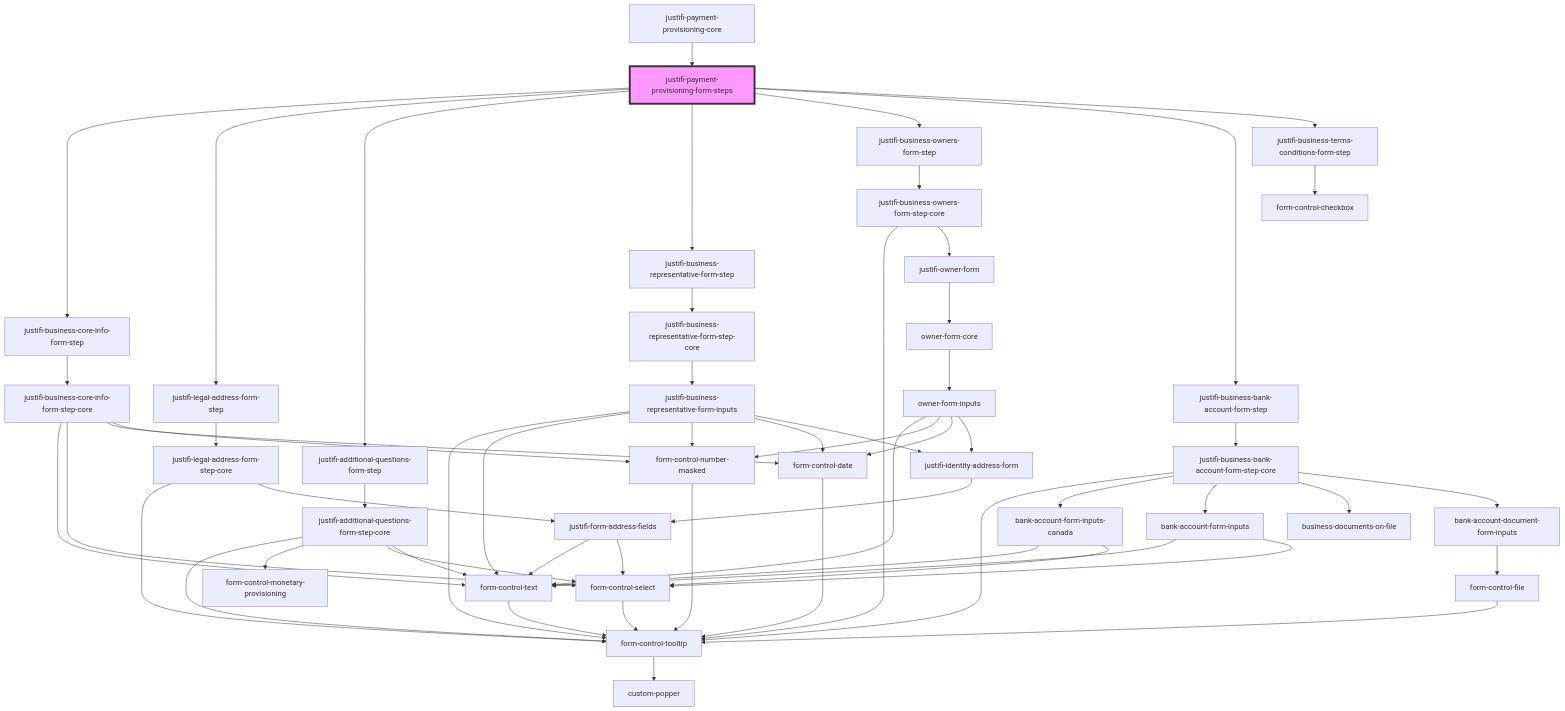
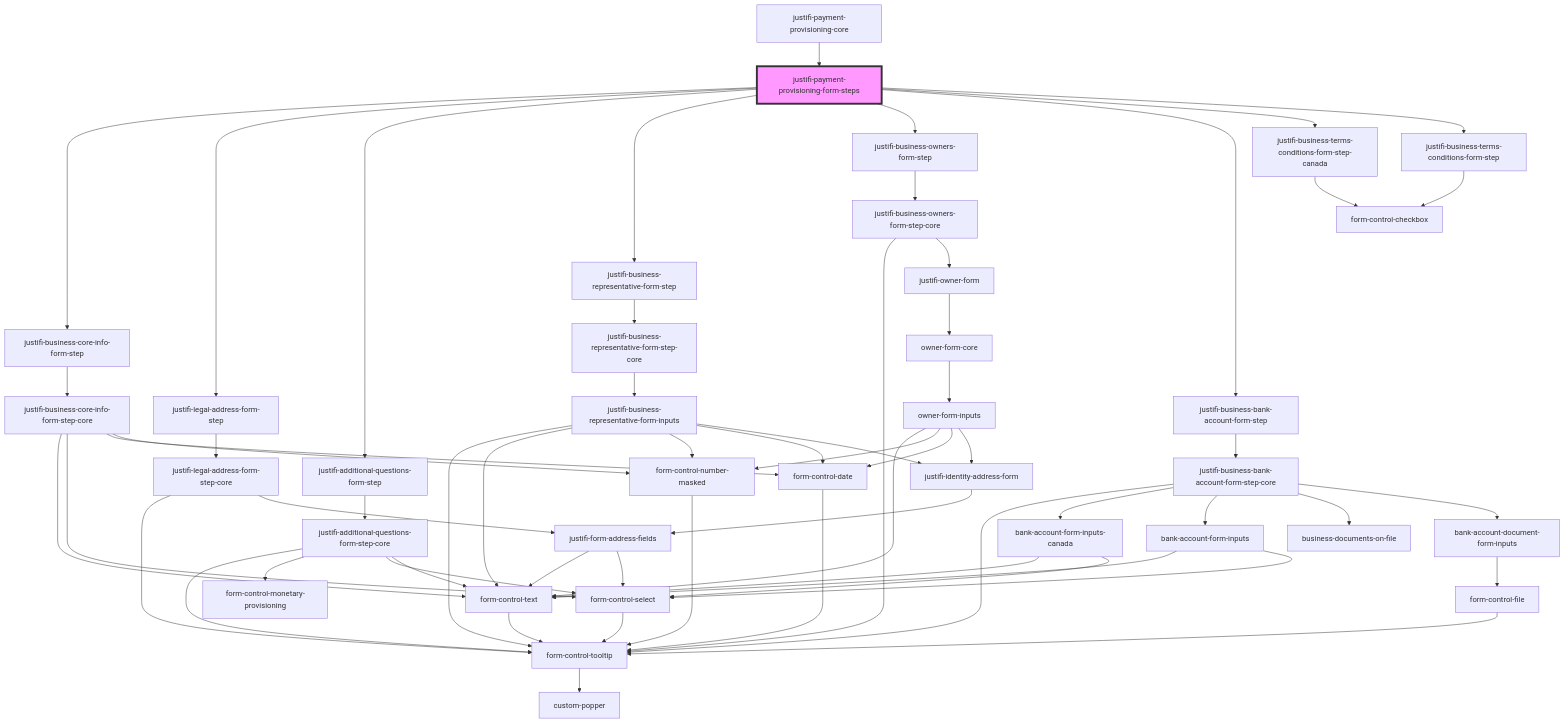
One commit to justifi-tech/web-component-library changed the diagram in packages/webcomponents/src/components/business-forms/payment-provisioning/readme.md. Above: the diagram before and after it, drawn with Mermaid. The commit also changed other lines of this file and 3 other files, not shown here.

Commit message:
payment-provisioning: add CAN-specific terms component and country-based step selection

````diff
--- a/packages/webcomponents/src/components/business-forms/payment-provisioning/readme.md
+++ b/packages/webcomponents/src/components/business-forms/payment-provisioning/readme.md
@@ -36,62 +37,64 @@
 ```mermaid
 graph TD;
   justifi-payment-provisioning-form-steps --> justifi-business-core-info-form-step
   justifi-payment-provisioning-form-steps --> justifi-legal-address-form-step
   justifi-payment-provisioning-form-steps --> justifi-additional-questions-form-step
   justifi-payment-provisioning-form-steps --> justifi-business-representative-form-step
   justifi-payment-provisioning-form-steps --> justifi-business-owners-form-step
   justifi-payment-provisioning-form-steps --> justifi-business-bank-account-form-step
+  justifi-payment-provisioning-form-steps --> justifi-business-terms-conditions-form-step-canada
   justifi-payment-provisioning-form-steps --> justifi-business-terms-conditions-form-step
   justifi-business-core-info-form-step --> justifi-business-core-info-form-step-core
   justifi-business-core-info-form-step-core --> form-control-text
   justifi-business-core-info-form-step-core --> form-control-select
   justifi-business-core-info-form-step-core --> form-control-date
   justifi-business-core-info-form-step-core --> form-control-number-masked
   form-control-text --> form-control-tooltip
   form-control-tooltip --> custom-popper
   form-control-select --> form-control-tooltip
   form-control-date --> form-control-tooltip
   form-control-number-masked --> form-control-tooltip
   justifi-legal-address-form-step --> justifi-legal-address-form-step-core
   justifi-legal-address-form-step-core --> form-control-tooltip
   justifi-legal-address-form-step-core --> justifi-form-address-fields
   justifi-form-address-fields --> form-control-text
   justifi-form-address-fields --> form-control-select
   justifi-additional-questions-form-step --> justifi-additional-questions-form-step-core
   justifi-additional-questions-form-step-core --> form-control-tooltip
   justifi-additional-questions-form-step-core --> form-control-monetary-provisioning
   justifi-additional-questions-form-step-core --> form-control-select
   justifi-additional-questions-form-step-core --> form-control-text
   justifi-business-representative-form-step --> justifi-business-representative-form-step-core
   justifi-business-representative-form-step-core --> justifi-business-representative-form-inputs
   justifi-business-representative-form-inputs --> form-control-tooltip
   justifi-business-representative-form-inputs --> form-control-text
   justifi-business-representative-form-inputs --> form-control-number-masked
   justifi-business-representative-form-inputs --> form-control-date
   justifi-business-representative-form-inputs --> justifi-identity-address-form
   justifi-identity-address-form --> justifi-form-address-fields
   justifi-business-owners-form-step --> justifi-business-owners-form-step-core
   justifi-business-owners-form-step-core --> form-control-tooltip
   justifi-business-owners-form-step-core --> justifi-owner-form
   justifi-owner-form --> owner-form-core
   owner-form-core --> owner-form-inputs
   owner-form-inputs --> form-control-text
   owner-form-inputs --> form-control-number-masked
   owner-form-inputs --> form-control-date
   owner-form-inputs --> justifi-identity-address-form
   justifi-business-bank-account-form-step --> justifi-business-bank-account-form-step-core
   justifi-business-bank-account-form-step-core --> form-control-tooltip
   justifi-business-bank-account-form-step-core --> bank-account-form-inputs-canada
   justifi-business-bank-account-form-step-core --> bank-account-form-inputs
   justifi-business-bank-account-form-step-core --> business-documents-on-file
   justifi-business-bank-account-form-step-core --> bank-account-document-form-inputs
   bank-account-form-inputs-canada --> form-control-text
   bank-account-form-inputs-canada --> form-control-select
   bank-account-form-inputs --> form-control-text
   bank-account-form-inputs --> form-control-select
   bank-account-document-form-inputs --> form-control-file
   form-control-file --> form-control-tooltip
+  justifi-business-terms-conditions-form-step-canada --> form-control-checkbox
   justifi-business-terms-conditions-form-step --> form-control-checkbox
   justifi-payment-provisioning-core --> justifi-payment-provisioning-form-steps
   style justifi-payment-provisioning-form-steps fill:#f9f,stroke:#333,stroke-width:4px
 ```
````
